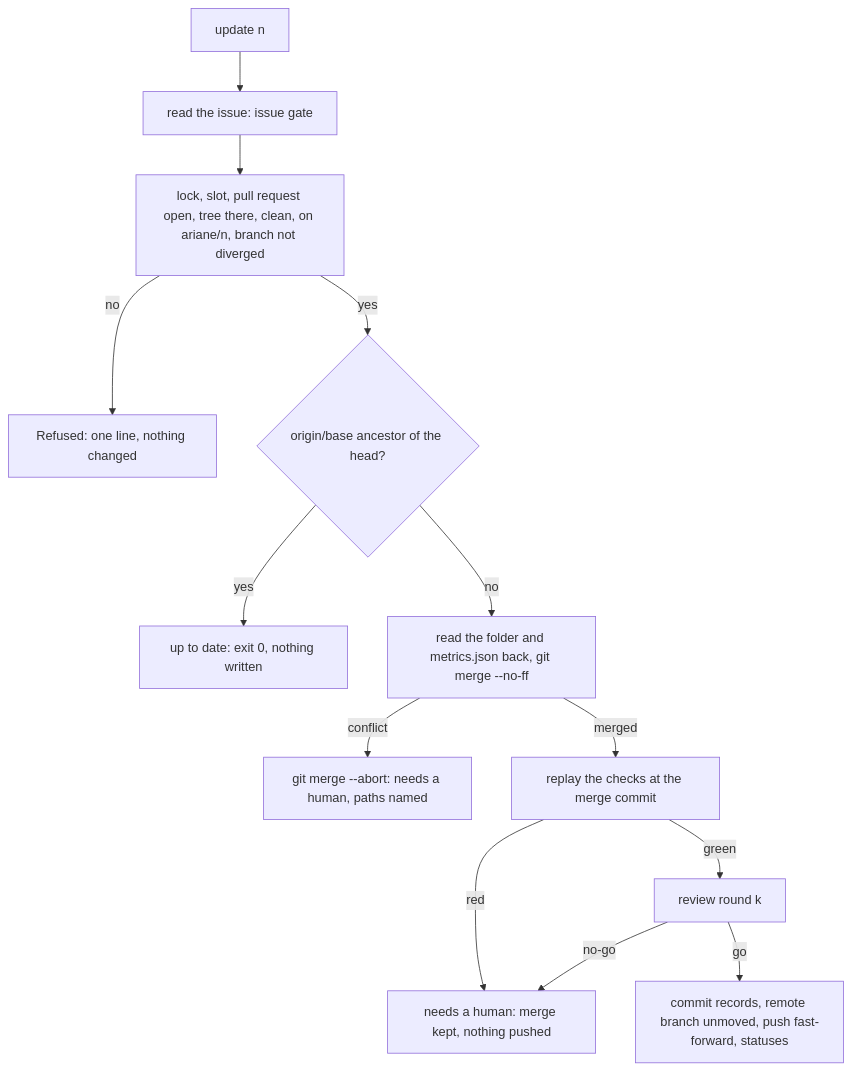
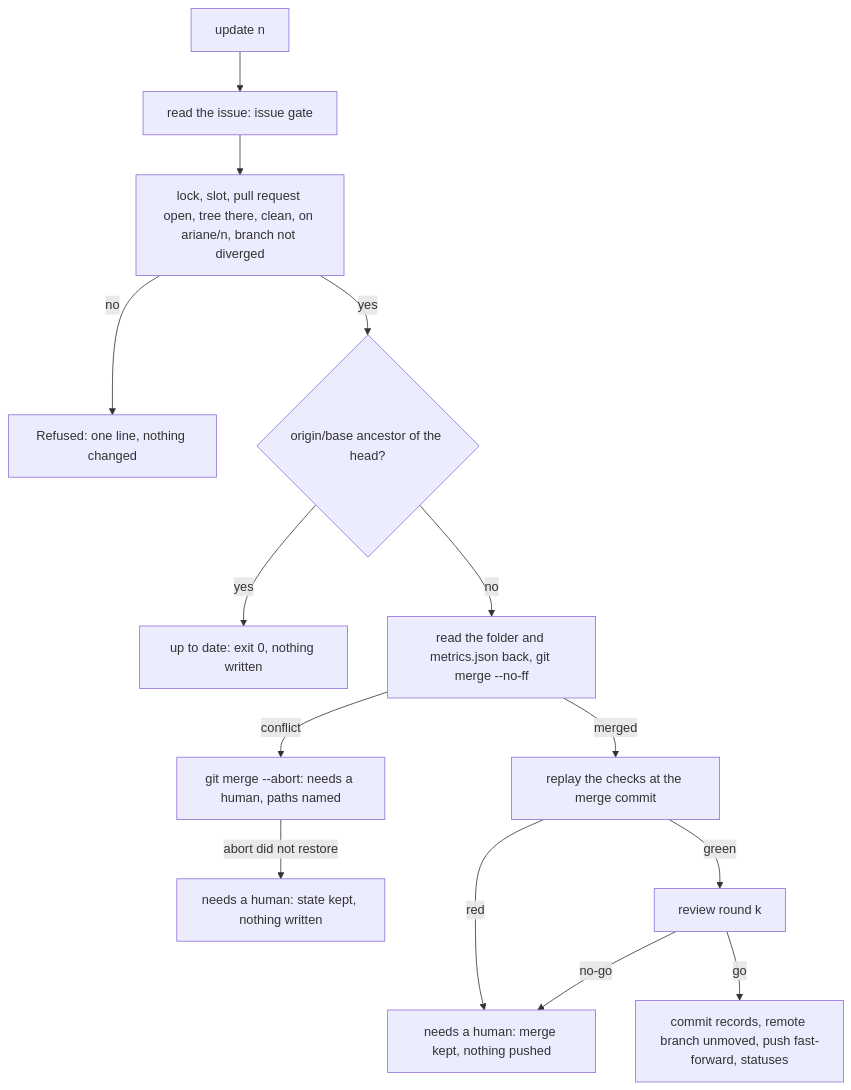
Before and after one commit to plaplanche/ariane: the first of 3 diagrams in docs/architecture/modules/update.md, drawn with Mermaid. The commit also changed other lines of this file and 4 other files, not shown here.

````diff
--- a/docs/architecture/modules/update.md
+++ b/docs/architecture/modules/update.md
@@ -29,15 +31,16 @@
 ```mermaid
 flowchart TD
   A[update n] --> B[read the issue: issue gate]
   B --> C[lock, slot, pull request open, tree there, clean, on ariane/n, branch not diverged]
   C -- no --> X[Refused: one line, nothing changed]
   C -- yes --> D{origin/base ancestor of the head?}
   D -- yes --> Y[up to date: exit 0, nothing written]
   D -- no --> E[read the folder and metrics.json back, git merge --no-ff]
   E -- conflict --> F[git merge --abort: needs a human, paths named]
+  F -- abort did not restore --> Z[needs a human: state kept, nothing written]
   E -- merged --> G[replay the checks at the merge commit]
   G -- red --> H[needs a human: merge kept, nothing pushed]
   G -- green --> I[review round k]
   I -- no-go --> H
   I -- go --> J[commit records, remote branch unmoved, push fast-forward, statuses]
 ```
````
